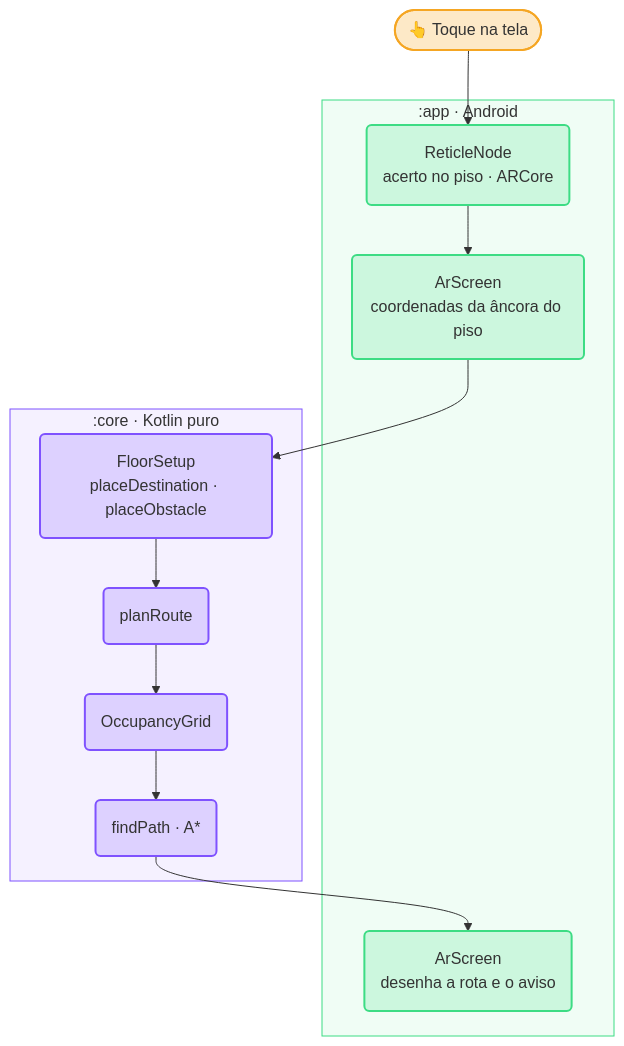
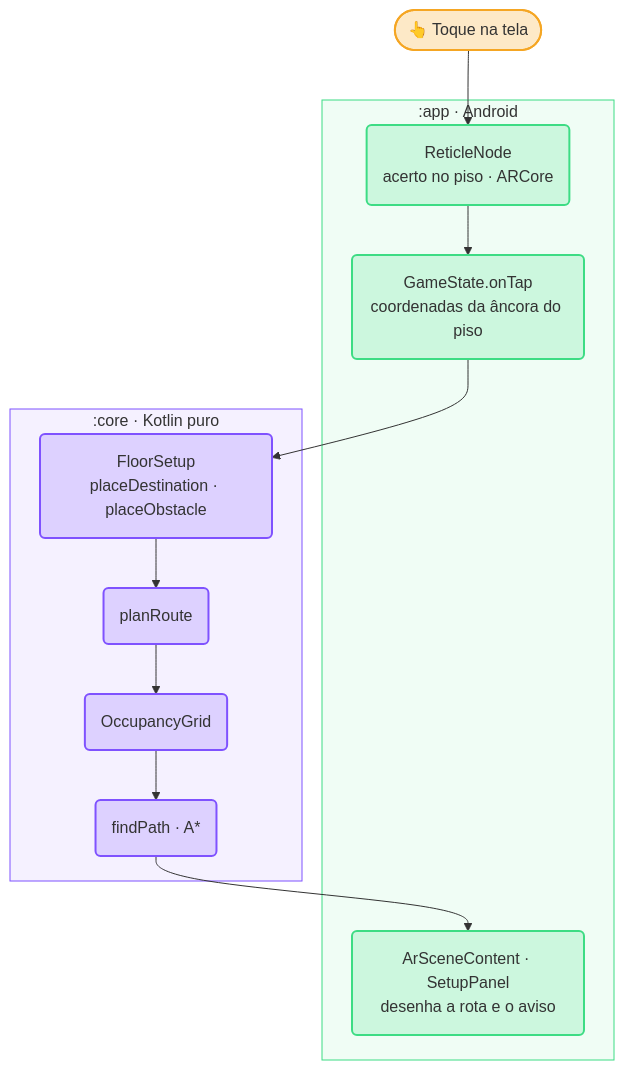
Before and after one commit to lianeheidemann/rover-quest-mr: the second of 3 diagrams in game/README.md, drawn with Mermaid. The commit also changed other lines of this file, not shown here.

First line of the commit message:
docs: describe the new ui packages in game/README.md

````diff
--- a/game/README.md
+++ b/game/README.md
@@ -117,38 +126,38 @@
 ```mermaid
 ---
 config:
   flowchart:
     curve: basis
     nodeSpacing: 40
     rankSpacing: 50
     padding: 16
 ---
 flowchart TD
     T(["👆 Toque na tela"])
     subgraph app [":app · Android"]
         R("ReticleNode<br/>acerto no piso · ARCore")
-        C("ArScreen<br/>coordenadas da âncora do piso")
-        D("ArScreen<br/>desenha a rota e o aviso")
+        C("GameState.onTap<br/>coordenadas da âncora do piso")
+        D("ArSceneContent · SetupPanel<br/>desenha a rota e o aviso")
     end
     subgraph core [":core · Kotlin puro"]
         F("FloorSetup<br/>placeDestination · placeObstacle")
         P("planRoute")
         G("OccupancyGrid")
         A("findPath · A*")
     end
 
     T --> R --> C --> F --> P --> G --> A --> D
 
     class T start
     class R,C,D android
     class F,P,G,A kotlin
 
     %% Translucent fills and no fixed text color: GitHub picks the light or dark
     %% Mermaid theme from the viewer's setting, and these colors work on both.
     classDef android fill:#3DDC8433,stroke:#3DDC84,stroke-width:2px
     classDef kotlin fill:#7F52FF33,stroke:#7F52FF,stroke-width:2px
     classDef external fill:#94A3B81F,stroke:#94A3B8,stroke-width:1px,stroke-dasharray:4 3
     classDef start fill:#F5A62340,stroke:#F5A623,stroke-width:2px
     style app fill:#3DDC8414,stroke:#3DDC84,stroke-width:1px
     style core fill:#7F52FF14,stroke:#7F52FF,stroke-width:1px
 ```
````
